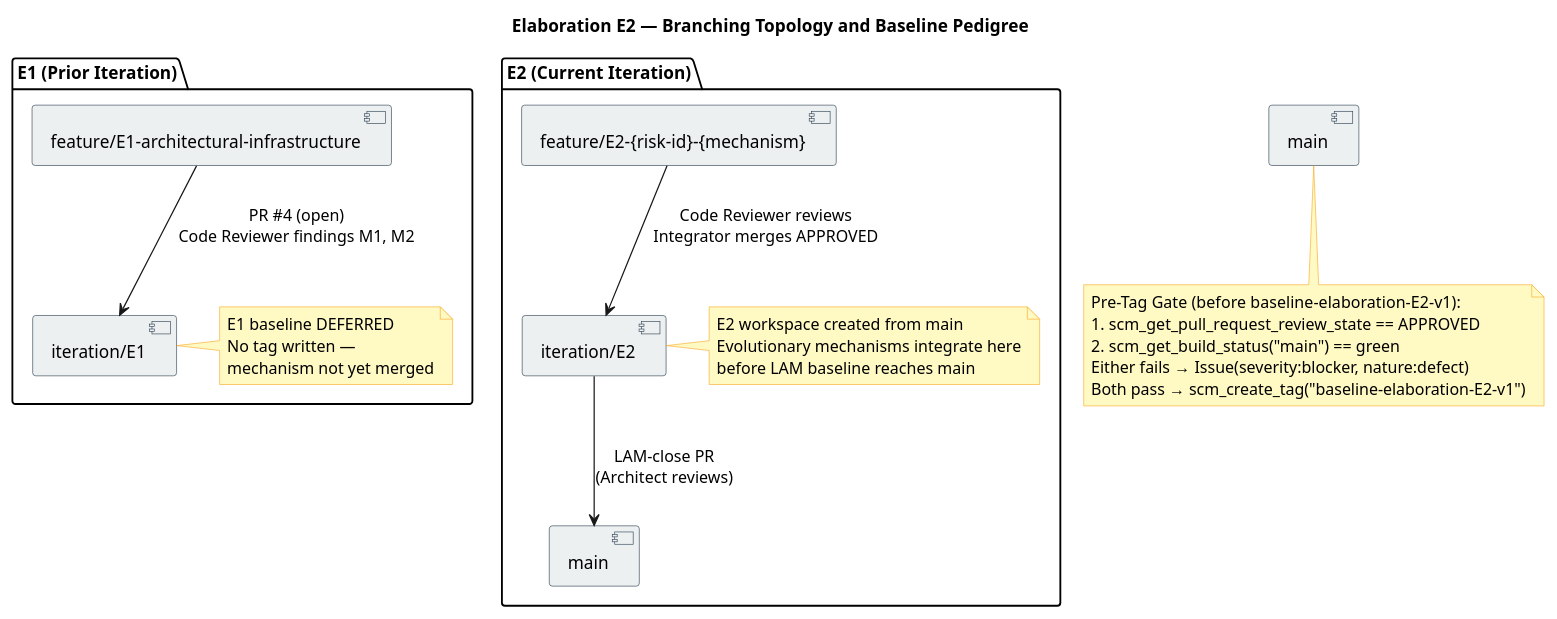
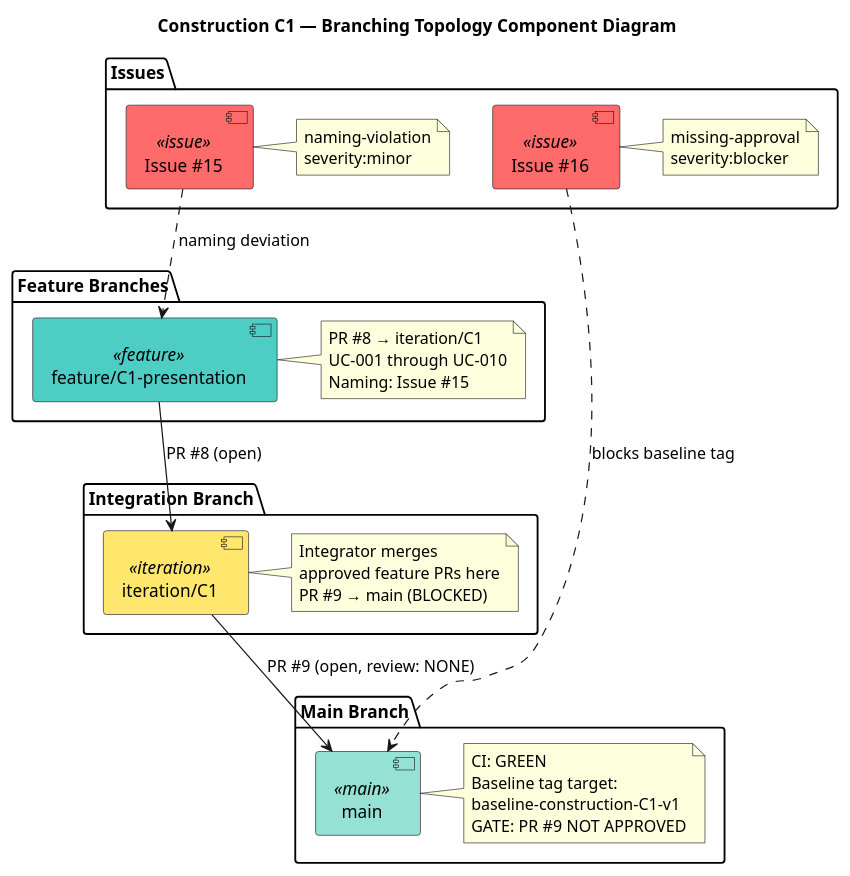
One commit to banense-test/portal-cuba-corp changed the first of 2 diagrams in docs/BRANCHING_STRATEGY.md. Above: the diagram before and after it, drawn with PlantUML. The commit also changed other lines of this file, not shown here.

Commit message:
Update BRANCHING_STRATEGY.md for Construction C1 — phase transition, baseline pedigree diagram, branching topology component diagram, CM status reports

````diff
--- a/docs/BRANCHING_STRATEGY.md
+++ b/docs/BRANCHING_STRATEGY.md
@@ -154,48 +72,40 @@
 ```plantuml
-@startuml
-title Elaboration E2 — Branching Topology and Baseline Pedigree
+@startuml Branching_Topology_C1
+title Construction C1 — Branching Topology Component Diagram
 
 skinparam component {
-  BackgroundColor #ECF0F1
-  BorderColor #2C3E50
+  BackgroundColor<<feature>> #4ECDC4
+  BackgroundColor<<iteration>> #FFE66D
+  BackgroundColor<<main>> #95E1D3
+  BackgroundColor<<issue>> #FF6B6B
 }
 
-skinparam note {
-  BackgroundColor #FFF9C4
-  BorderColor #F9A825
+package "Feature Branches" {
+  [feature/C1-presentation] as FEAT1 <<feature>>
+  note right of FEAT1: PR #8 → iteration/C1\nUC-001 through UC-010\nNaming: Issue #15
 }
 
-package "E1 (Prior Iteration)" {
-  [feature/E1-architectural-infrastructure] as E1FEAT
-  [iteration/E1] as E1INT
-  E1FEAT --> E1INT : PR #4 (open)\nCode Reviewer findings M1, M2
-  note right of E1INT
-    E1 baseline DEFERRED
-    No tag written —
-    mechanism not yet merged
-  end note
+package "Integration Branch" {
+  [iteration/C1] as ITER1 <<iteration>>
+  note right of ITER1: Integrator merges\napproved feature PRs here\nPR #9 → main (BLOCKED)
 }
 
-package "E2 (Current Iteration)" {
-  [feature/E2-{risk-id}-{mechanism}] as E2FEAT
-  [iteration/E2] as E2INT
-  E2FEAT --> E2INT : Code Reviewer reviews\nIntegrator merges APPROVED
-  E2INT --> [main] : LAM-close PR\n(Architect reviews)
-  note right of E2INT
-    E2 workspace created from main
-    Evolutionary mechanisms integrate here
-    before LAM baseline reaches main
-  end note
+package "Main Branch" {
+  [main] as MAIN <<main>>
+  note right of MAIN: CI: GREEN\nBaseline tag target:\nbaseline-construction-C1-v1\nGATE: PR #9 NOT APPROVED
 }
 
-[main] as MAIN
-note bottom of MAIN
-  Pre-Tag Gate (before baseline-elaboration-E2-v1):
-  1. scm_get_pull_request_review_state == APPROVED
-  2. scm_get_build_status("main") == green
-  Either fails → Issue(severity:blocker, nature:defect)
-  Both pass → scm_create_tag("baseline-elaboration-E2-v1")
-end note
+package "Issues" {
+  [Issue #15] as I15 <<issue>>
+  [Issue #16] as I16 <<issue>>
+  note right of I15: naming-violation\nseverity:minor
+  note right of I16: missing-approval\nseverity:blocker
+}
+
+FEAT1 --> ITER1 : PR #8 (open)
+ITER1 --> MAIN : PR #9 (open, review: NONE)
+I16 ..> MAIN : blocks baseline tag
+I15 ..> FEAT1 : naming deviation
 
 @enduml
 ```
````
